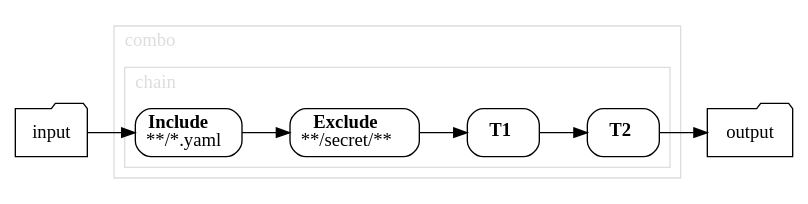
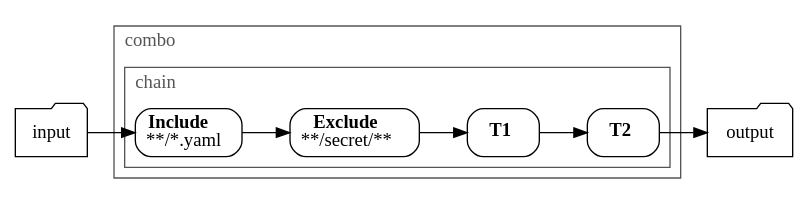
One commit to pivotal/docs-tap changed the diagram in application-accelerator/creating-accelerators/transforms/combo2.dot. Above: the diagram before and after it, drawn with Graphviz. The commit also changed 21 other files, not shown here.

Commit message:
Adapt diagram colors for accessibility

```diff
--- a/application-accelerator/creating-accelerators/transforms/combo2.dot
+++ b/application-accelerator/creating-accelerators/transforms/combo2.dot
@@ -1,35 +1,35 @@
 // This file was auto-generated from combo2.yaml - DO NOT MODIFY
 
 digraph G {
   rankdir="LR";
   labeljust="l";
   node [shape="rect"; style="rounded"; ]
 
 
   String_5ce33a58 [label="input"; shape="folder"; ]
   String_78a287ed [label="output"; shape="folder"; ]
 
   String_5ce33a58 -> Include_3ebff828;
   T2_1849db1a -> String_78a287ed;
 
   subgraph cluster_3e2822 {
     label=<combo>;
-    color="#DDDDDD";
-    fontcolor="#dddddd";
+    color="#555555";
+    fontcolor="#555555";
 
     subgraph cluster_6a988392 {
       label=<chain>;
-      color="#DDDDDD";
-      fontcolor="#dddddd";
+      color="#555555";
+      fontcolor="#555555";
 
       Include_3ebff828 [label=<<b>Include</b><br/>**/*.yaml>; ]
       Exclude_33352f32 [label=<<b>Exclude</b><br/>**/secret/**>; ]
       T1_29a60c27 [label=<<b>T1</b>>; ]
       T2_1849db1a [label=<<b>T2</b>>; ]
 
       Include_3ebff828 -> Exclude_33352f32;
       Exclude_33352f32 -> T1_29a60c27;
       T1_29a60c27 -> T2_1849db1a;
     }
   }
 }
```
